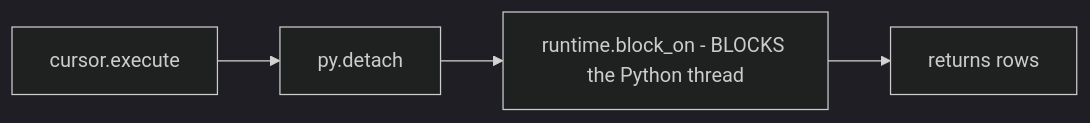
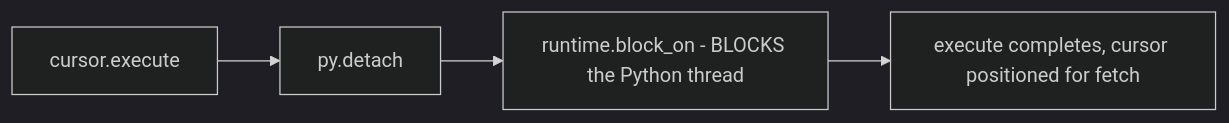
One commit to microsoft/mssql-rs changed diagram 11 of 16 in docs/async-execution-design.md. Above: the diagram before and after it, drawn with Mermaid (dark theme). The commit also changed other lines of this file and 1 other file, not shown here.

Commit message:
Correct async architecture documentation and API examples

````diff
--- a/docs/async-execution-design.md
+++ b/docs/async-execution-design.md
@@ -656,6 +706,6 @@
 ```mermaid
 flowchart LR
     N1["cursor.execute"] --> N2["py.detach"]
     N2 --> N3["runtime.block_on - BLOCKS the Python thread"]
-    N3 --> N4["returns rows"]
+    N3 --> N4["execute completes, cursor positioned for fetch"]
 ```
````
